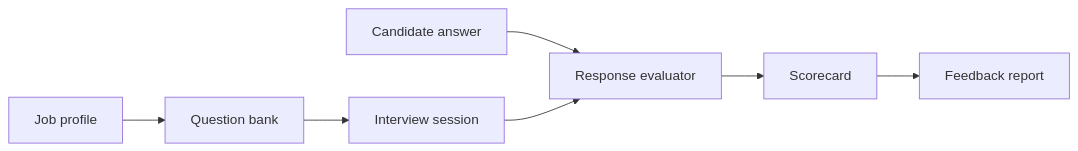
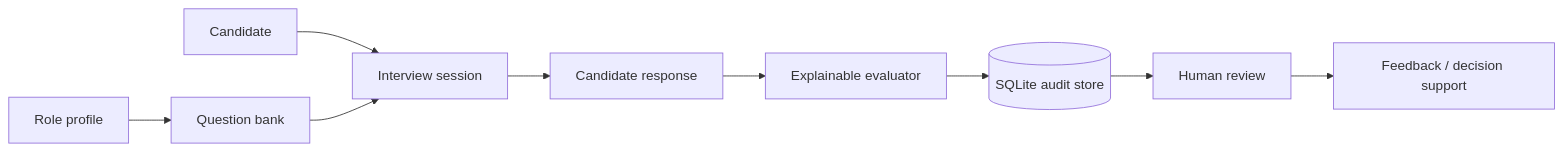
One commit to rsswethaa/mockhire-ai-interview-platform changed the diagram in README.md. Above: the diagram before and after it, drawn with Mermaid. The commit also changed other lines of this file and 12 other files, not shown here.

````diff
--- a/README.md
+++ b/README.md
@@ -14,9 +18,11 @@
 ```mermaid
 flowchart LR
-  J[Job profile] --> Q[Question bank]
-  Q --> I[Interview session]
-  A[Candidate answer] --> E[Response evaluator]
-  I --> E
-  E --> S[Scorecard]
-  S --> F[Feedback report]
+  R[Role profile] --> Q[Question bank]
+  C[Candidate] --> S[Interview session]
+  Q --> S
+  S --> A[Candidate response]
+  A --> E[Explainable evaluator]
+  E --> DB[(SQLite audit store)]
+  DB --> H[Human review]
+  H --> F[Feedback / decision support]
 ```
````
